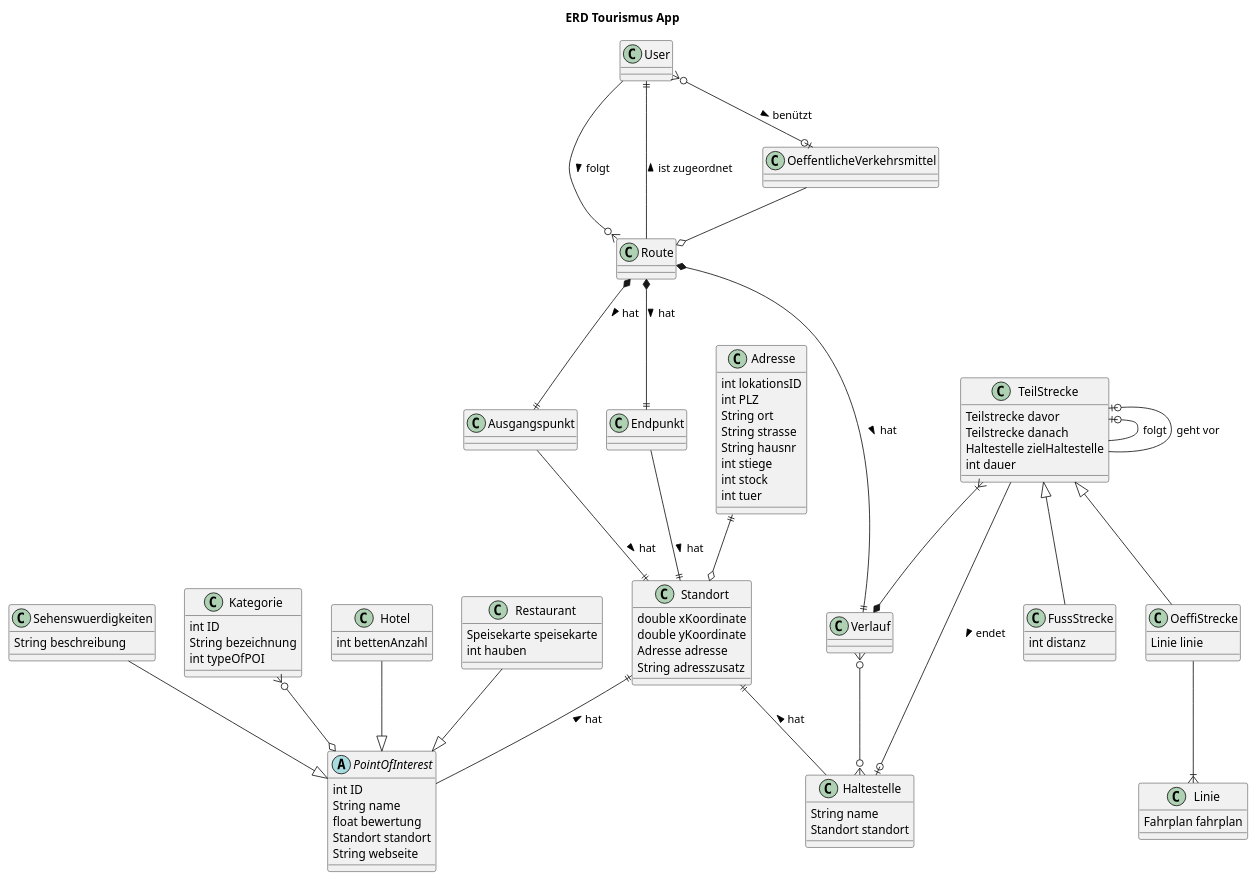
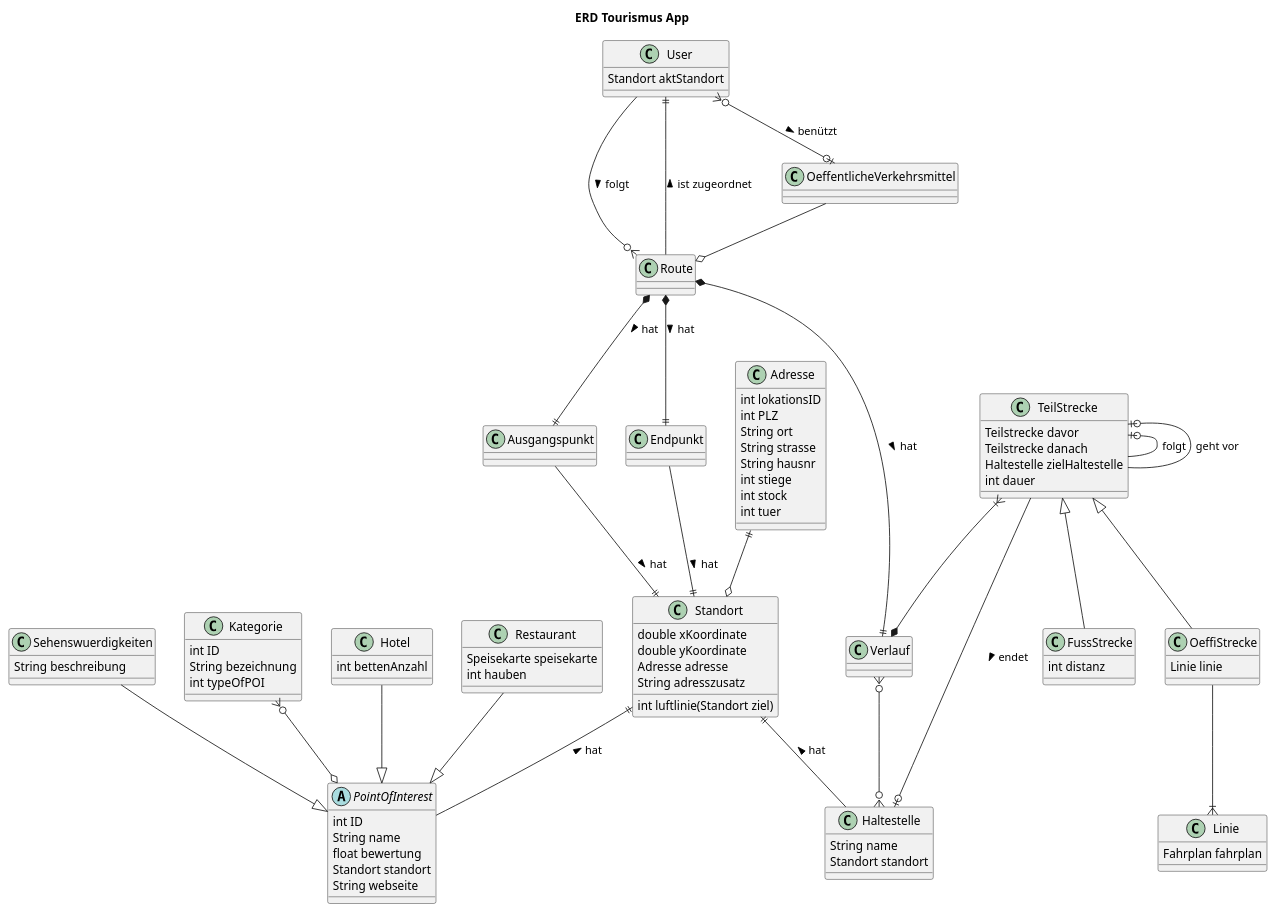
Before and after one commit to Zwerg95/HTLLeondingApp: the diagram in ERD.puml, drawn with PlantUML.

```diff
--- a/ERD.puml
+++ b/ERD.puml
@@ -1,113 +1,118 @@
 @startuml
 'https://plantuml.com/class-diagram
 
 title ERD Tourismus App
 class Route
 class Ausgangspunkt
 class Endpunkt
 class Verlauf
-class User
+
+class User {
+    Standort aktStandort
+}
 
 class Sehenswuerdigkeiten {
     String beschreibung
 }
+
 
 class Kategorie{
     int ID 
     String bezeichnung
     int typeOfPOI
 }
 
 class Hotel{
     int bettenAnzahl
 }
 
 class Restaurant {
     Speisekarte speisekarte
     int hauben 
 }
 
 class OeffentlicheVerkehrsmittel 
 
 class Standort {
     double xKoordinate
     double yKoordinate
     Adresse adresse
     String adresszusatz
+    int luftlinie(Standort ziel)
 }
 
 abstract class PointOfInterest {
     int ID
     String name
     float bewertung
     Standort standort 
     String webseite
 }
 
 class Adresse{
     int lokationsID
     int PLZ
     String ort 
     String strasse 
     String hausnr
     int stiege
     int stock 
     int tuer 
 }
 
 class Haltestelle{
     String name
     Standort standort 
 }
 
 class TeilStrecke{
     Teilstrecke davor
     Teilstrecke danach
     Haltestelle zielHaltestelle 
     int dauer
 }
 
 class FussStrecke{
     int distanz
 }
 
 class OeffiStrecke{
     Linie linie
 }
 
 class Linie{
     Fahrplan fahrplan
 }
 
 Kategorie }o--o PointOfInterest
 
 Route *--|| Ausgangspunkt: > hat
 Route *--|| Endpunkt: > hat
 Route *--|| Verlauf: > hat
 User --o{ Route : folgt >
 User ||-- Route : ist zugeordnet <
 
 User }o--o| OeffentlicheVerkehrsmittel: > benützt
 
 Adresse ||--o Standort
 Endpunkt --|| Standort:  > hat
 Ausgangspunkt --|| Standort:  > hat
 
 OeffentlicheVerkehrsmittel --o Route
 
 Standort ||-- PointOfInterest: < hat
 Standort ||-- Haltestelle: < hat
 Verlauf }o--o{ Haltestelle
 
 Sehenswuerdigkeiten --|> PointOfInterest
 Hotel --|> PointOfInterest
 Restaurant --|> PointOfInterest
 
 TeilStrecke }|--* Verlauf
 TeilStrecke  --o| Haltestelle: > endet
 TeilStrecke |o-- TeilStrecke: folgt
 TeilStrecke |o-- TeilStrecke: geht vor
 TeilStrecke <|-- FussStrecke
 TeilStrecke <|-- OeffiStrecke
 OeffiStrecke --|{ Linie
 @enduml
```
